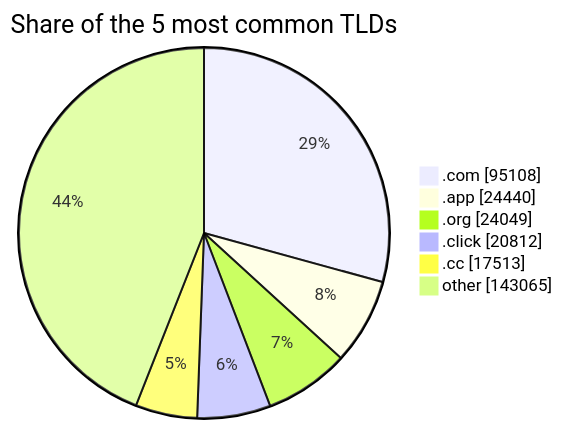
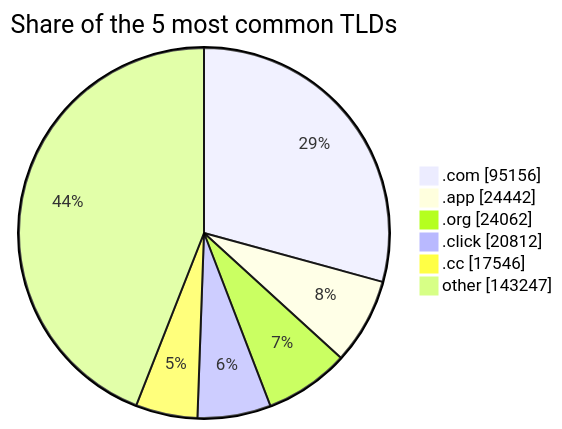
One commit to DNSBunker/CTI changed the third of 3 diagrams in README.md. Above: the diagram before and after it, drawn with Mermaid. The commit also changed other lines of this file and 4 other files, not shown here.

````diff
--- a/README.md
+++ b/README.md
@@ -81,9 +81,9 @@
 ```mermaid
 pie showData title Share of the 5 most common TLDs
-    ".com" : 95108
-    ".app" : 24440
-    ".org" : 24049
+    ".com" : 95156
+    ".app" : 24442
+    ".org" : 24062
     ".click" : 20812
-    ".cc" : 17513
-    "other" : 143065
+    ".cc" : 17546
+    "other" : 143247
 ```
````
